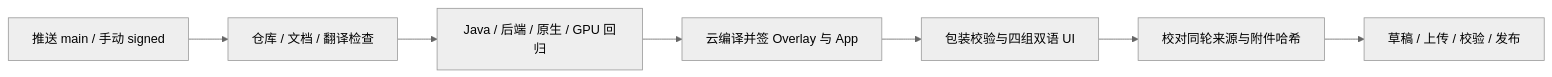
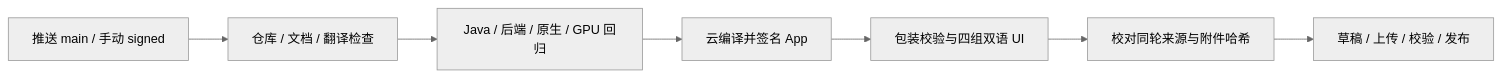
Before and after one commit to wzp100/InkControl: the diagram in docs/wiki/build-and-release.md, drawn with Mermaid (neutral theme). The commit also changed other lines of this file and 25 other files, not shown here.

````diff
--- a/docs/wiki/build-and-release.md
+++ b/docs/wiki/build-and-release.md
@@ -7,9 +7,9 @@
 ```mermaid
 flowchart LR
   A[推送 main / 手动 signed] --> B[仓库 / 文档 / 翻译检查]
   B --> C[Java / 后端 / 原生 / GPU 回归]
-  C --> D[云编译并签 Overlay 与 App]
+  C --> D[云编译并签名 App]
   D --> E[包装校验与四组双语 UI]
   E --> F[校对同轮来源与附件哈希]
   F --> G[草稿 / 上传 / 校验 / 发布]
 ```
````
